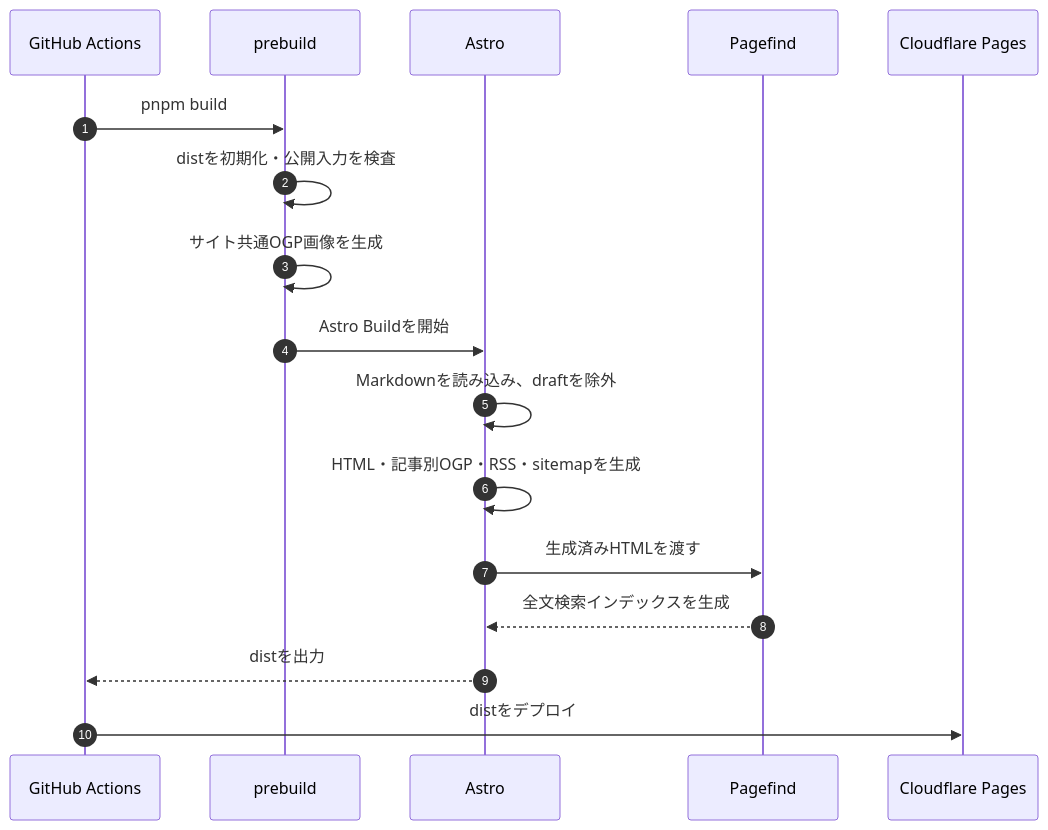
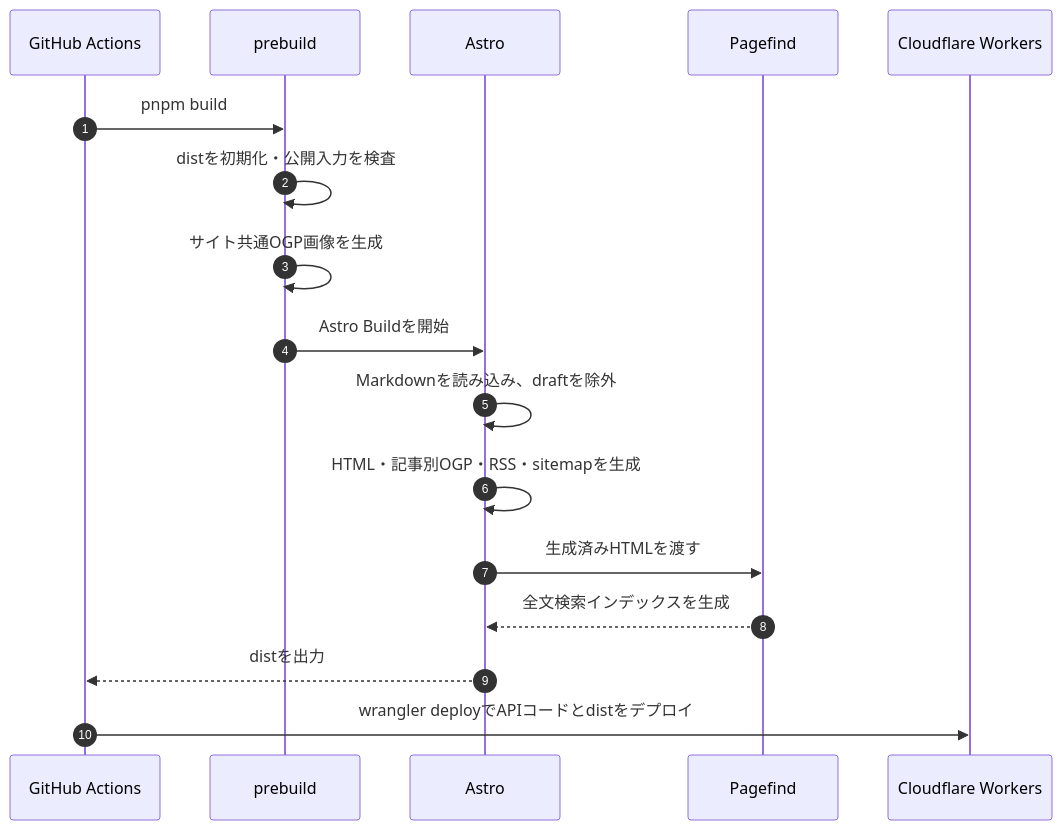
One commit to KJR020/kjr020-blog changed the second of 2 diagrams in docs/architecture/overview.md. Above: the diagram before and after it, drawn with Mermaid. The commit also changed other lines of this file and 9 other files, not shown here.

````diff
--- a/docs/architecture/overview.md
+++ b/docs/architecture/overview.md
@@ -66,20 +66,20 @@
 ```mermaid
 sequenceDiagram
     autonumber
     participant CI as GitHub Actions
     participant Pre as prebuild
     participant Astro as Astro
     participant PF as Pagefind
-    participant CF as Cloudflare Pages
+    participant CF as Cloudflare Workers
 
     CI->>Pre: pnpm build
     Pre->>Pre: distを初期化・公開入力を検査
     Pre->>Pre: サイト共通OGP画像を生成
     Pre->>Astro: Astro Buildを開始
     Astro->>Astro: Markdownを読み込み、draftを除外
     Astro->>Astro: HTML・記事別OGP・RSS・sitemapを生成
     Astro->>PF: 生成済みHTMLを渡す
     PF-->>Astro: 全文検索インデックスを生成
     Astro-->>CI: distを出力
-    CI->>CF: distをデプロイ
+    CI->>CF: wrangler deployでAPIコードとdistをデプロイ
 ```
````
